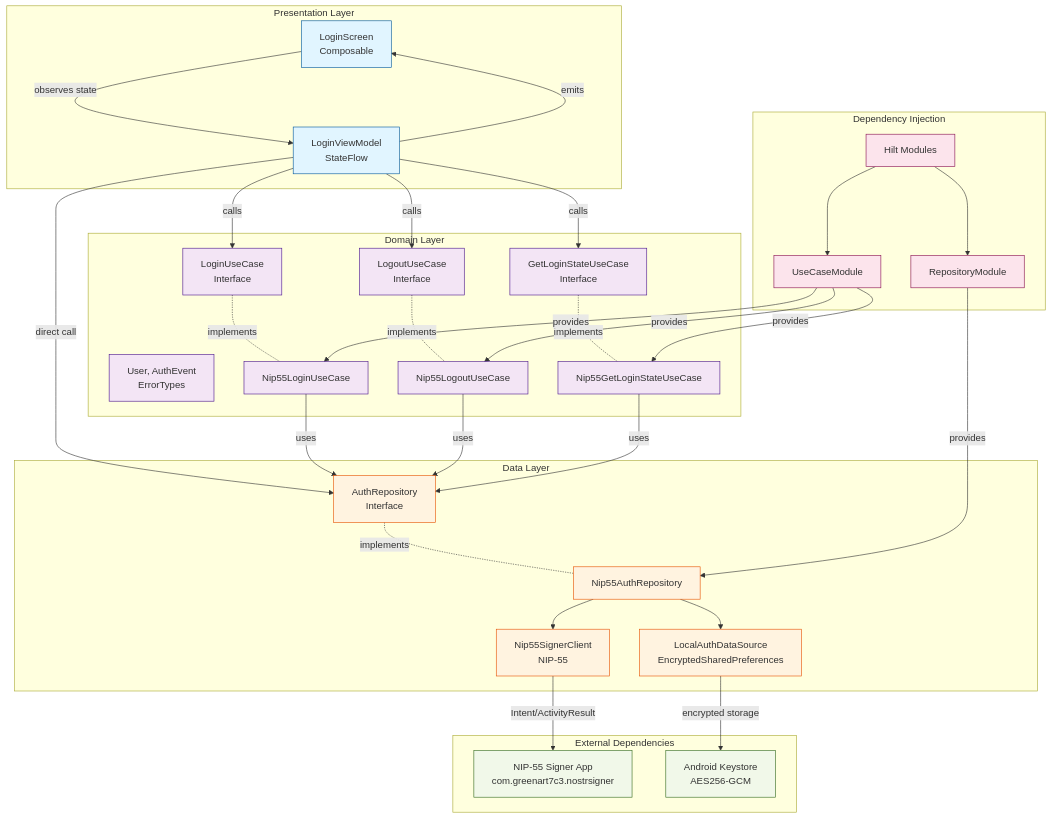
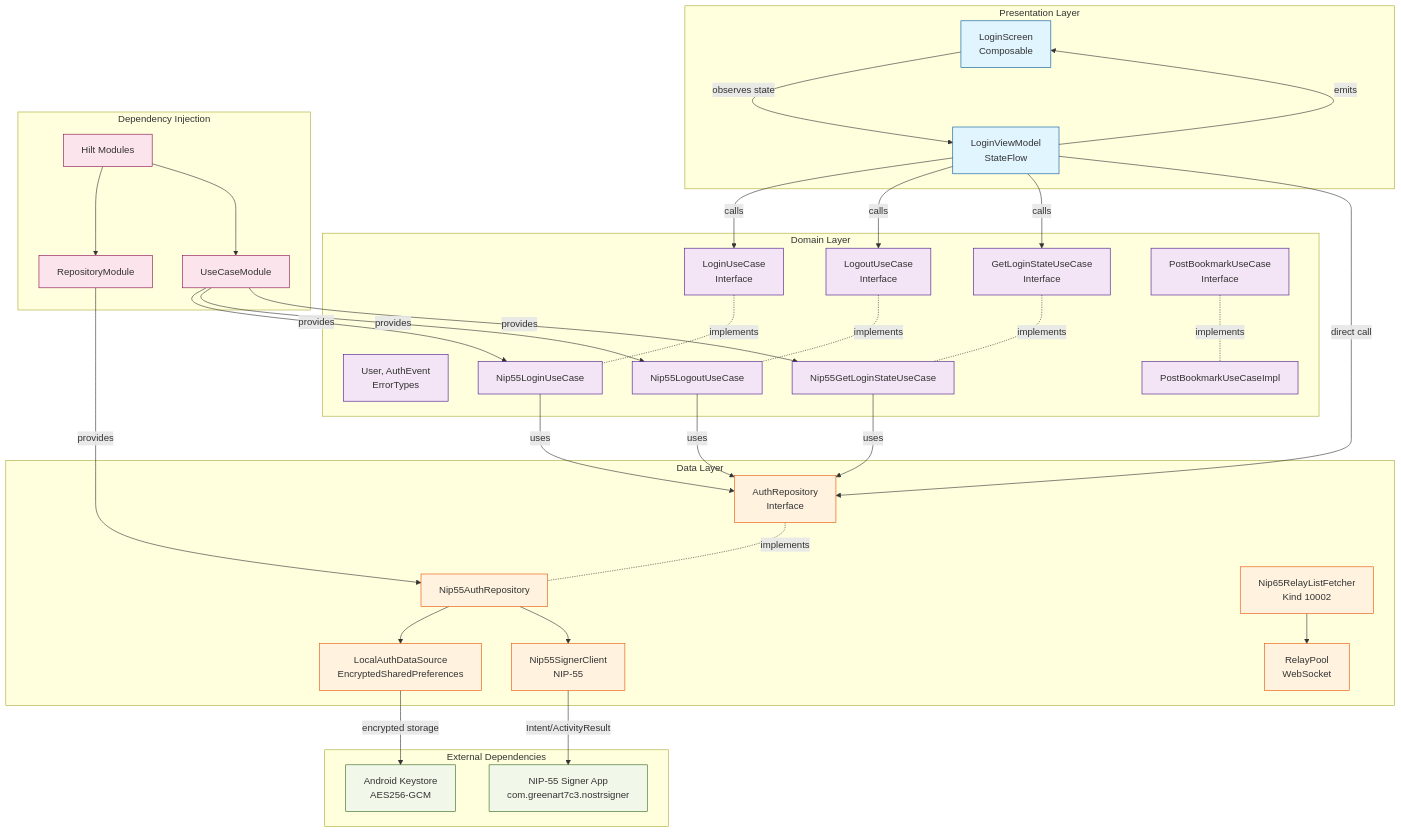
One commit to Omochice/Pinosu changed the diagram in .kiro/steering/structure.md. Above: the diagram before and after it, drawn with Mermaid. The commit also changed other lines of this file and 2 other files, not shown here.

````diff
--- a/.kiro/steering/structure.md
+++ b/.kiro/steering/structure.md
@@ -10,74 +10,79 @@
 ```mermaid
 graph TB
     subgraph "Presentation Layer"
         UI[LoginScreen<br/>Composable]
         VM[LoginViewModel<br/>StateFlow]
         UI -->|observes state| VM
         VM -->|emits| UI
     end
 
     subgraph "Domain Layer"
         UC_Login[LoginUseCase<br/>Interface]
         UC_Logout[LogoutUseCase<br/>Interface]
         UC_GetState[GetLoginStateUseCase<br/>Interface]
+        UC_PostBookmark[PostBookmarkUseCase<br/>Interface]
         Model[User, AuthEvent<br/>ErrorTypes]
 
         UC_Login -.implements.- UC_Login_Impl[Nip55LoginUseCase]
         UC_Logout -.implements.- UC_Logout_Impl[Nip55LogoutUseCase]
         UC_GetState -.implements.- UC_GetState_Impl[Nip55GetLoginStateUseCase]
+        UC_PostBookmark -.implements.- UC_PostBookmark_Impl[PostBookmarkUseCaseImpl]
     end
 
     subgraph "Data Layer"
         Repo[AuthRepository<br/>Interface]
         RepoImpl[Nip55AuthRepository]
         LocalDS[LocalAuthDataSource<br/>EncryptedSharedPreferences]
         Nip55Client[Nip55SignerClient<br/>NIP-55]
+        Nip65Fetcher[Nip65RelayListFetcher<br/>Kind 10002]
+        RelayPool[RelayPool<br/>WebSocket]
 
         Repo -.implements.- RepoImpl
         RepoImpl --> LocalDS
         RepoImpl --> Nip55Client
+        Nip65Fetcher --> RelayPool
     end
 
     subgraph "External Dependencies"
         Nip55Signer[NIP-55 Signer App<br/>com.greenart7c3.nostrsigner]
         Keystore[Android Keystore<br/>AES256-GCM]
 
         Nip55Client -->|Intent/ActivityResult| Nip55Signer
         LocalDS -->|encrypted storage| Keystore
     end
 
     subgraph "Dependency Injection"
         Hilt[Hilt Modules]
         RepoModule[RepositoryModule]
         UCModule[UseCaseModule]
 
         Hilt --> RepoModule
         Hilt --> UCModule
     end
 
     VM -->|calls| UC_Login
     VM -->|calls| UC_Logout
     VM -->|calls| UC_GetState
     VM -->|direct call| Repo
 
     UC_Login_Impl -->|uses| Repo
     UC_Logout_Impl -->|uses| Repo
     UC_GetState_Impl -->|uses| Repo
 
     RepoModule -->|provides| RepoImpl
     UCModule -->|provides| UC_Login_Impl
     UCModule -->|provides| UC_Logout_Impl
     UCModule -->|provides| UC_GetState_Impl
 
     classDef presentation fill:#e1f5ff,stroke:#01579b
     classDef domain fill:#f3e5f5,stroke:#4a148c
     classDef data fill:#fff3e0,stroke:#e65100
     classDef external fill:#f1f8e9,stroke:#33691e
     classDef di fill:#fce4ec,stroke:#880e4f
 
     class UI,VM presentation
-    class UC_Login,UC_Logout,UC_GetState,UC_Login_Impl,UC_Logout_Impl,UC_GetState_Impl,Model domain
-    class Repo,RepoImpl,LocalDS,Nip55Client data
+    class UC_Login,UC_Logout,UC_GetState,UC_PostBookmark,UC_Login_Impl,UC_Logout_Impl,UC_GetState_Impl,UC_PostBookmark_Impl,Model domain
+    class Repo,RepoImpl,LocalDS,Nip55Client,Nip65Fetcher,RelayPool data
     class Nip55Signer,Keystore external
     class Hilt,RepoModule,UCModule di
 ```
````
